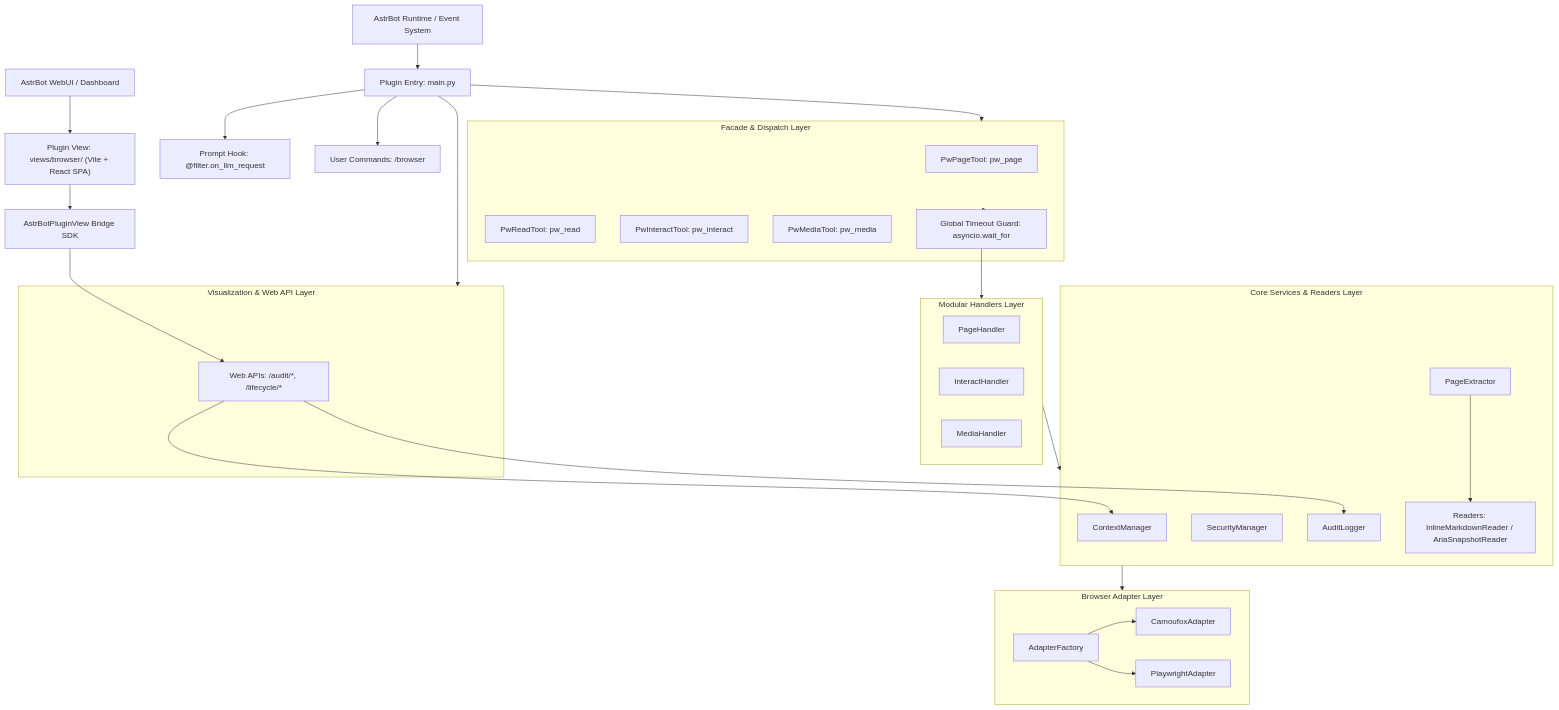
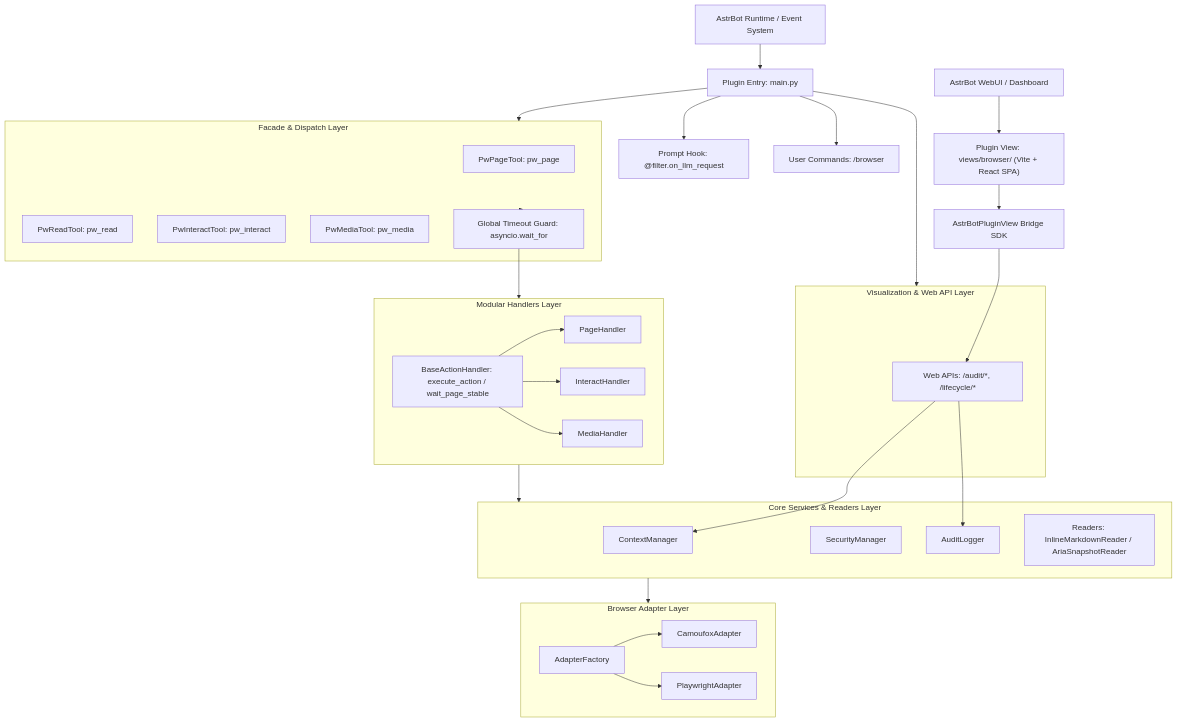
The diagram in docs/ARCHITECTURE.md (SmileYik/astrbot_plugin_playwright_tools), drawn with Mermaid before and after one commit. The commit also changed other lines of this file and 4 other files, not shown here.

Commit message:
docs: update SKILL, architecture doc, and changelog for robustness refactor

````diff
--- a/docs/ARCHITECTURE.md
+++ b/docs/ARCHITECTURE.md
@@ -11,61 +11,63 @@
 ```mermaid
 flowchart TD
     AstrBot[AstrBot Runtime / Event System]
     PluginEntry[Plugin Entry: main.py]
     PromptHook["Prompt Hook: @filter.on_llm_request"]
     Cmds["User Commands: /browser"]
     WebUI["AstrBot WebUI / Dashboard"]
     BrowserView["Plugin View: views/browser/ (Vite + React SPA)"]
     Bridge["AstrBotPluginView Bridge SDK"]
     
     subgraph ViewLayer [Visualization & Web API Layer]
         WebAPI["Web APIs: /audit/*, /lifecycle/*"]
     end
 
     subgraph FacadeLayer [Facade & Dispatch Layer]
         PwPage[PwPageTool: pw_page]
         PwRead[PwReadTool: pw_read]
         PwInteract[PwInteractTool: pw_interact]
         PwMedia[PwMediaTool: pw_media]
         TimeoutWrapper["Global Timeout Guard: asyncio.wait_for"]
     end
 
     subgraph HandlerLayer [Modular Handlers Layer]
+        BaseActionHandler["BaseActionHandler: execute_action / wait_page_stable"]
         PageHandler[PageHandler]
         InteractHandler[InteractHandler]
         MediaHandler[MediaHandler]
+        BaseActionHandler --> PageHandler
+        BaseActionHandler --> InteractHandler
+        BaseActionHandler --> MediaHandler
     end
 
     subgraph CoreLayer [Core Services & Readers Layer]
         CtxMgr[ContextManager]
         SecMgr[SecurityManager]
         AuditLog[AuditLogger]
-        Extractor[PageExtractor]
         Readers["Readers: InlineMarkdownReader / AriaSnapshotReader"]
-        Extractor --> Readers
     end
 
     subgraph AdaptLayer [Browser Adapter Layer]
         Factory[AdapterFactory]
         Camoufox[CamoufoxAdapter]
         Playwright[PlaywrightAdapter]
         Factory --> Camoufox
         Factory --> Playwright
     end
 
     AstrBot --> PluginEntry
     PluginEntry --> PromptHook
     PluginEntry --> Cmds
     PluginEntry --> FacadeLayer
     PluginEntry --> ViewLayer
     FacadeLayer --> TimeoutWrapper
     TimeoutWrapper --> HandlerLayer
     HandlerLayer --> CoreLayer
     CoreLayer --> AdaptLayer
 
     WebUI --> BrowserView
     BrowserView --> Bridge
     Bridge --> WebAPI
     WebAPI --> AuditLog
     WebAPI --> CtxMgr
 ```
````
